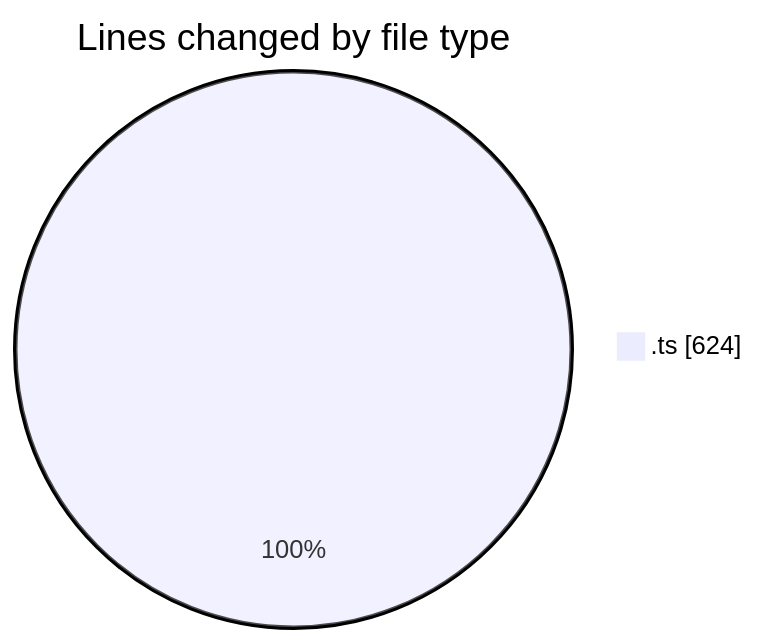
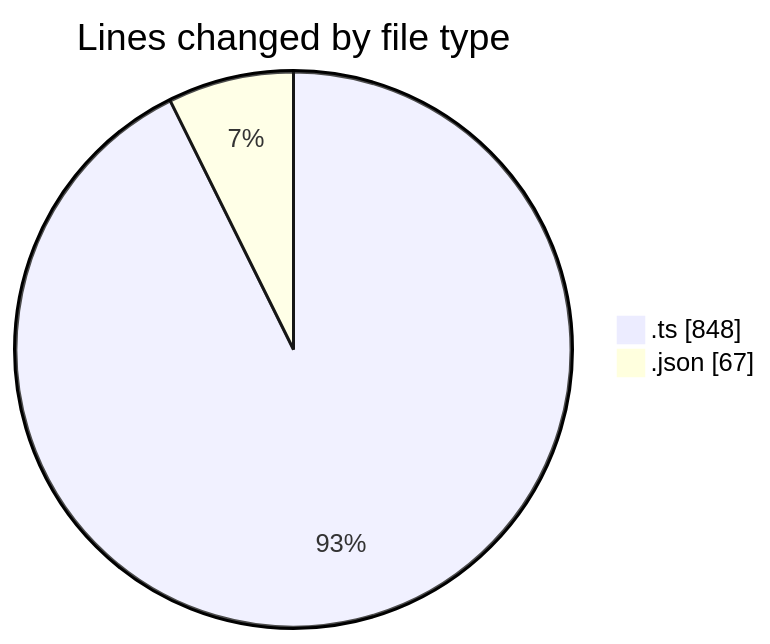
One commit to ernivani/code-tracking changed the first of 2 diagrams in 2024-12-30/my-code-activity-ext/README.md. Above: the diagram before and after it, drawn with Mermaid. The commit also changed other lines of this file and 1 other file, not shown here.

````diff
--- a/2024-12-30/my-code-activity-ext/README.md
+++ b/2024-12-30/my-code-activity-ext/README.md
@@ -21,5 +23,6 @@
 ```mermaid
 pie showData
 title Lines changed by file type
-".ts" : 624
+".ts" : 848
+".json" : 67
 ```
````
